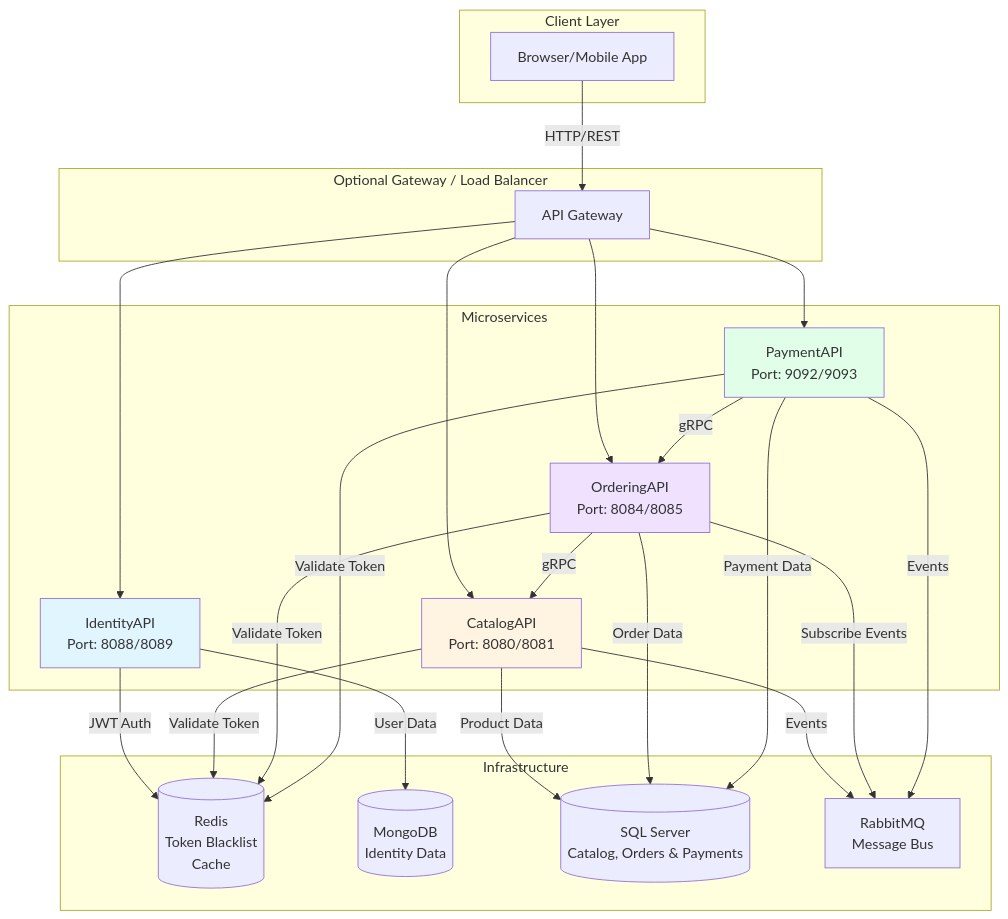
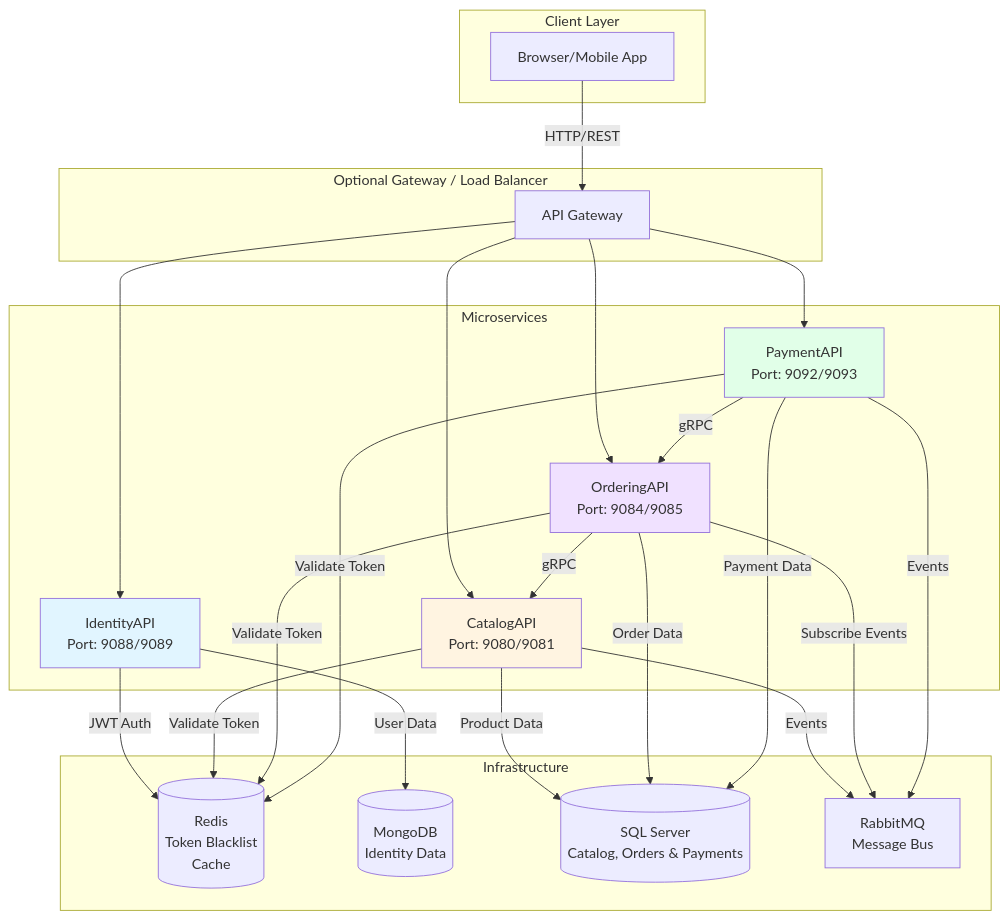
The first of 10 diagrams in docs/architecture.md (gndev-vn/DDDSample), drawn with Mermaid before and after one commit. The commit also changed other lines of this file and 97 other files, not shown here.

````diff
--- a/docs/architecture.md
+++ b/docs/architecture.md
@@ -7,52 +7,52 @@
 ```mermaid
 graph TB
     subgraph "Client Layer"
         Browser[Browser/Mobile App]
     end
 
     subgraph "Optional Gateway / Load Balancer"
         Gateway[API Gateway]
     end
 
     subgraph "Microservices"
-        Identity[IdentityAPI<br/>Port: 8088/8089]
-        Catalog[CatalogAPI<br/>Port: 8080/8081]
-        Ordering[OrderingAPI<br/>Port: 8084/8085]
+        Identity[IdentityAPI<br/>Port: 9088/9089]
+        Catalog[CatalogAPI<br/>Port: 9080/9081]
+        Ordering[OrderingAPI<br/>Port: 9084/9085]
         Payment[PaymentAPI<br/>Port: 9092/9093]
     end
 
     subgraph "Infrastructure"
         Redis[(Redis<br/>Token Blacklist<br/>Cache)]
         MongoDB[(MongoDB<br/>Identity Data)]
         SQLServer[(SQL Server<br/>Catalog, Orders & Payments)]
         RabbitMQ[RabbitMQ<br/>Message Bus]
     end
 
     Browser -->|HTTP/REST| Gateway
     Gateway --> Identity
     Gateway --> Catalog
     Gateway --> Ordering
     Gateway --> Payment
 
     Identity -->|JWT Auth| Redis
     Identity -->|User Data| MongoDB
     
     Catalog -->|Product Data| SQLServer
     Catalog -->|Events| RabbitMQ
     Catalog -->|Validate Token| Redis
     
     Ordering -->|Order Data| SQLServer
     Ordering -->|Subscribe Events| RabbitMQ
     Ordering -->|gRPC| Catalog
     Ordering -->|Validate Token| Redis
 
     Payment -->|Payment Data| SQLServer
     Payment -->|Events| RabbitMQ
     Payment -->|gRPC| Ordering
     Payment -->|Validate Token| Redis
 
     style Identity fill:#e1f5ff
     style Catalog fill:#fff4e1
     style Ordering fill:#f0e1ff
     style Payment fill:#e1ffe8
 ```
````
